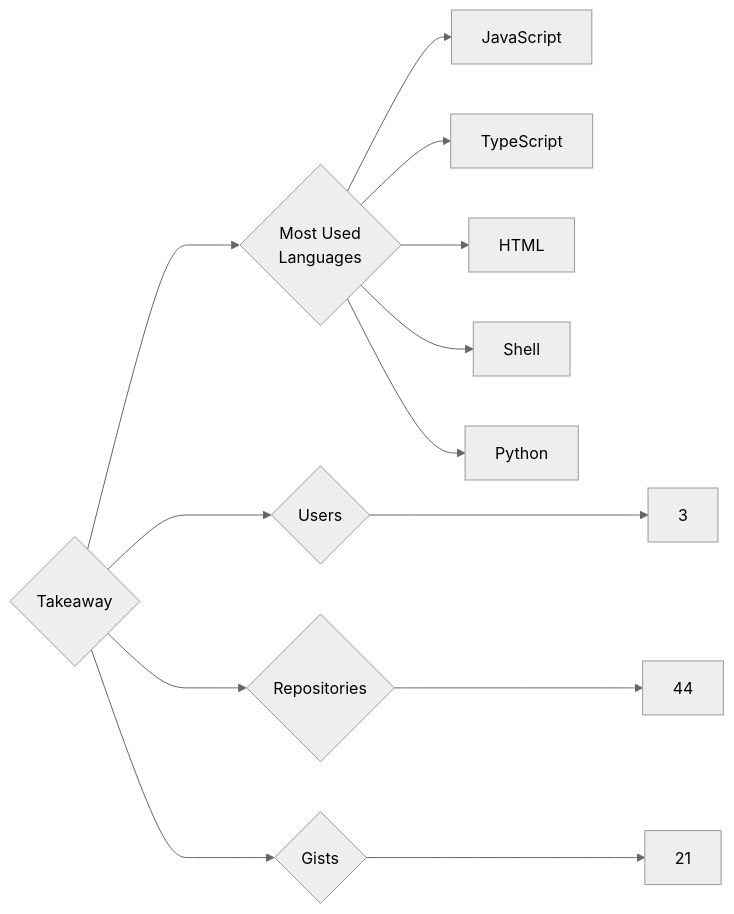
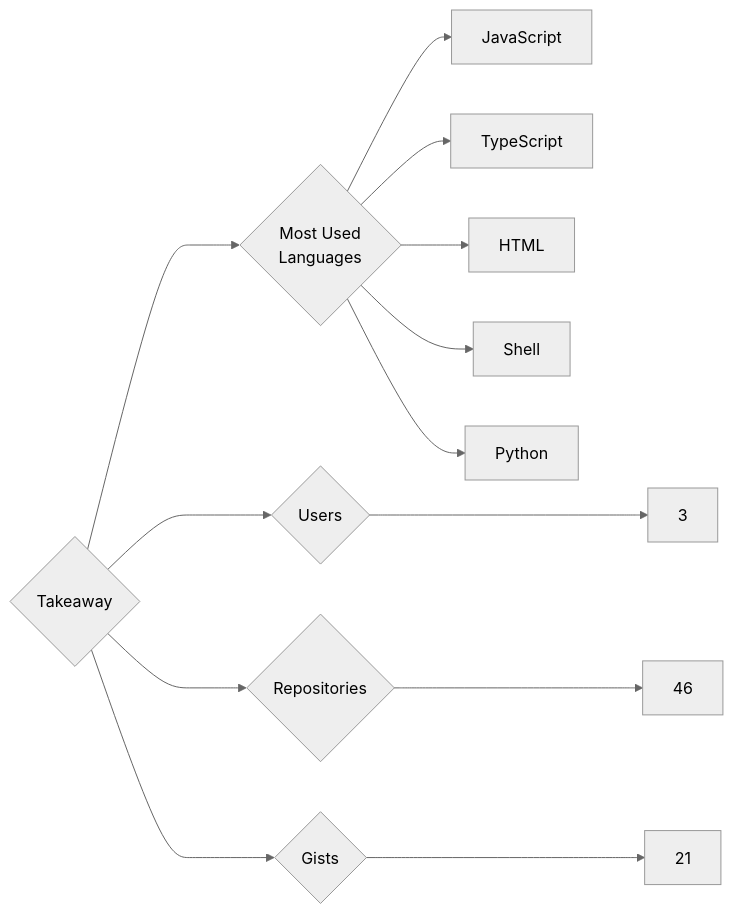
Before and after one commit to trickest/insiders: the diagram in targets/Takeaway/README.md, drawn with Mermaid (neutral theme). The commit also changed 870 other files, not shown here.

````diff
--- a/targets/Takeaway/README.md
+++ b/targets/Takeaway/README.md
@@ -3,13 +3,13 @@
 ```mermaid
 graph LR
 COMPANY_NAME{Takeaway}
 COMPANY_NAME ---> U{Users} ---> UN[3]
-COMPANY_NAME ---> R{Repositories} ---> RN[44]
+COMPANY_NAME ---> R{Repositories} ---> RN[46]
 COMPANY_NAME ---> G{Gists} ---> GN[21]
 COMPANY_NAME ---> ML{Most Used<br>Languages}
 ML --> JavaScript[JavaScript]
 ML --> TypeScript[TypeScript]
 ML --> HTML[HTML]
 ML --> Shell[Shell]
 ML --> Python[Python]
 ```
````
